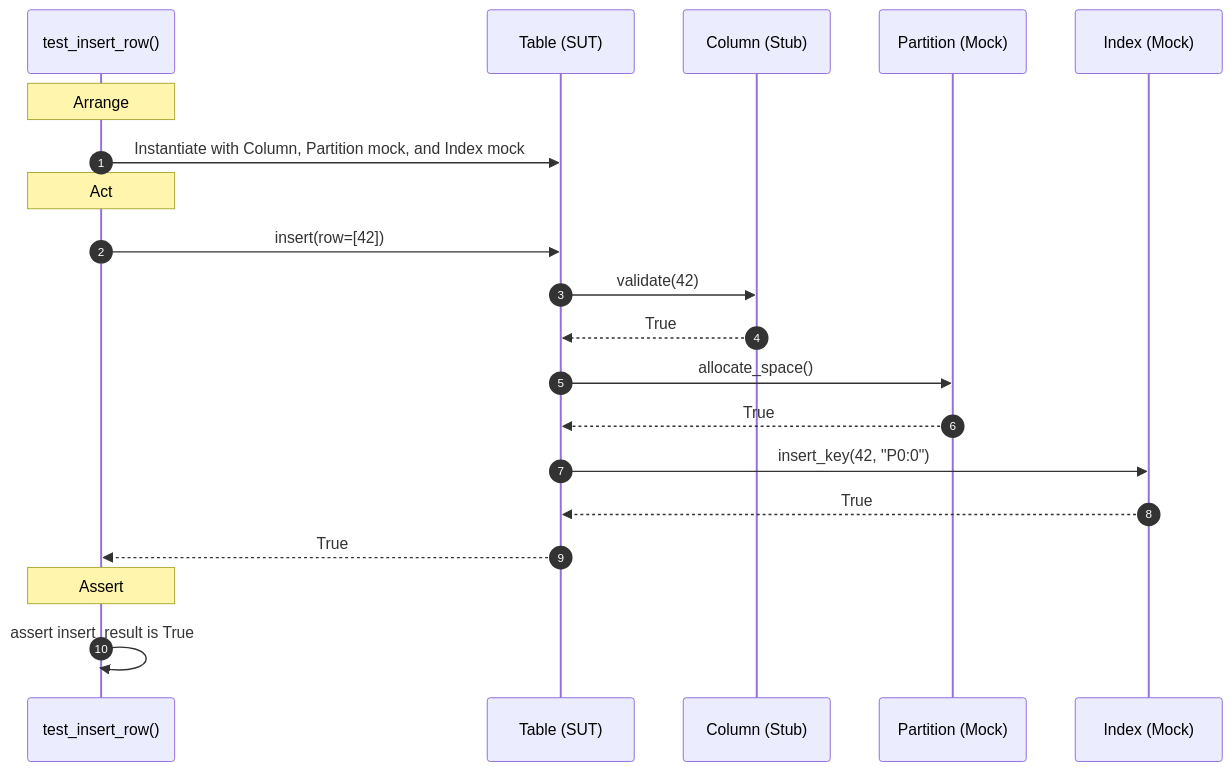
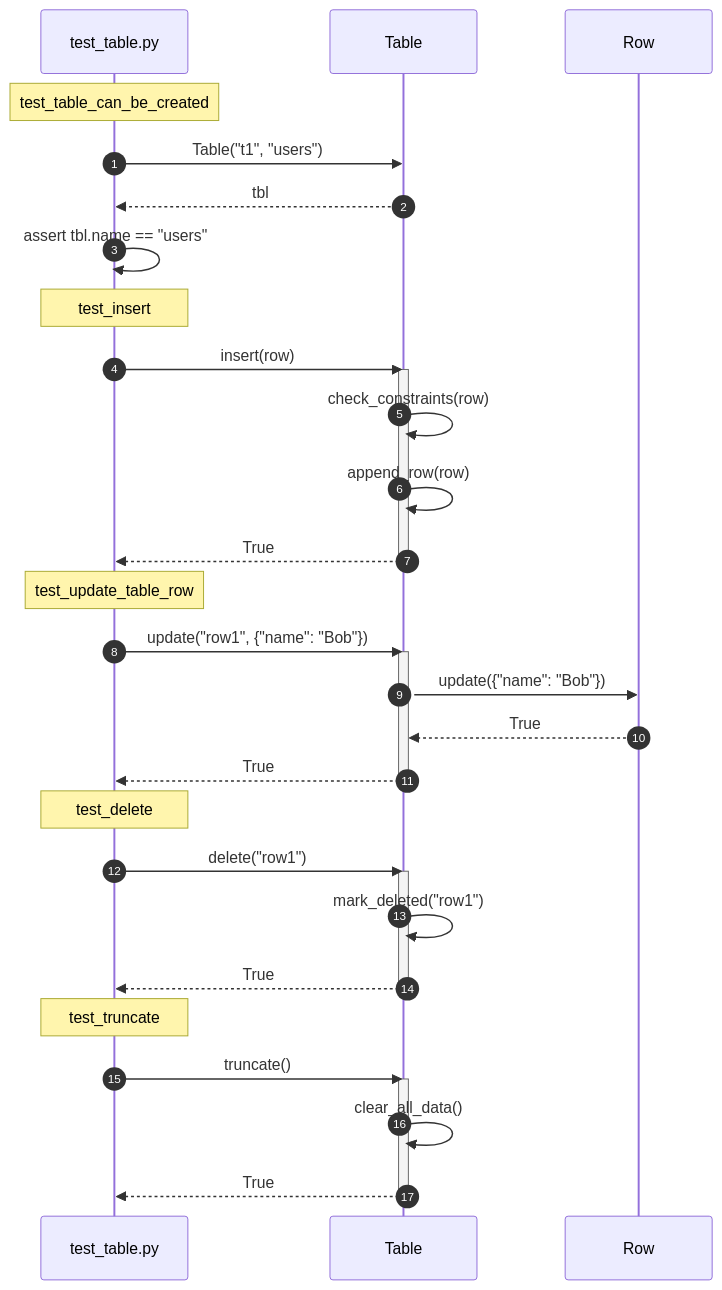
Diagram 14 of 16 in diagrams/sequence/database_object.md (taitran501/DBMS), drawn with Mermaid before and after one commit. The commit also changed other lines of this file and 5 other files, not shown here.

Commit message:
docs: udpate sequence unit test diagrams

````diff
--- a/diagrams/sequence/database_object.md
+++ b/diagrams/sequence/database_object.md
@@ -60,25 +489,42 @@
 ```mermaid
 sequenceDiagram
     autonumber
-    participant Test as test_insert_row()
-    participant Table as Table (SUT)
-    participant Col as Column (Stub)
-    participant Part as Partition (Mock)
-    participant Idx as Index (Mock)
+    participant Test as test_table.py
+    participant SUT as Table
+    participant Row as Row
 
-    Note over Test: Arrange
-    Test->>Table: Instantiate with Column, Partition mock, and Index mock
+    Note over Test: test_table_can_be_created
+    Test->>SUT: Table("t1", "users")
+    SUT-->>Test: tbl
+    Test->>Test: assert tbl.name == "users"
 
-    Note over Test: Act
-    Test->>Table: insert(row=[42])
-    Table->>Col: validate(42)
-    Col-->>Table: True
-    Table->>Part: allocate_space()
-    Part-->>Table: True
-    Table->>Idx: insert_key(42, "P0:0")
-    Idx-->>Table: True
-    Table-->>Test: True
+    Note over Test: test_insert
+    Test->>SUT: insert(row)
+    activate SUT
+    SUT->>SUT: check_constraints(row)
+    SUT->>SUT: append_row(row)
+    SUT-->>Test: True
+    deactivate SUT
 
-    Note over Test: Assert
-    Test->>Test: assert insert_result is True
+    Note over Test: test_update_table_row
+    Test->>SUT: update("row1", {"name": "Bob"})
+    activate SUT
+    SUT->>Row: update({"name": "Bob"})
+    Row-->>SUT: True
+    SUT-->>Test: True
+    deactivate SUT
+
+    Note over Test: test_delete
+    Test->>SUT: delete("row1")
+    activate SUT
+    SUT->>SUT: mark_deleted("row1")
+    SUT-->>Test: True
+    deactivate SUT
+
+    Note over Test: test_truncate
+    Test->>SUT: truncate()
+    activate SUT
+    SUT->>SUT: clear_all_data()
+    SUT-->>Test: True
+    deactivate SUT
 ```
````
